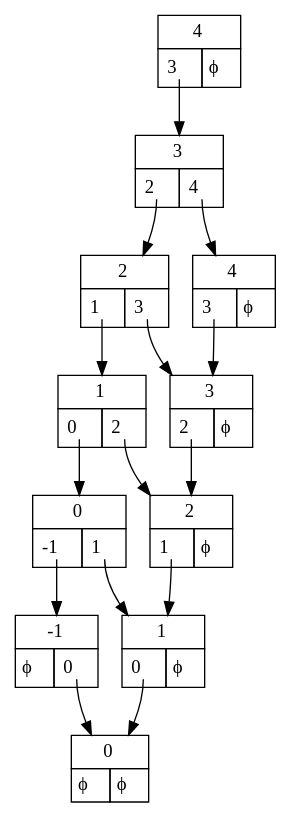
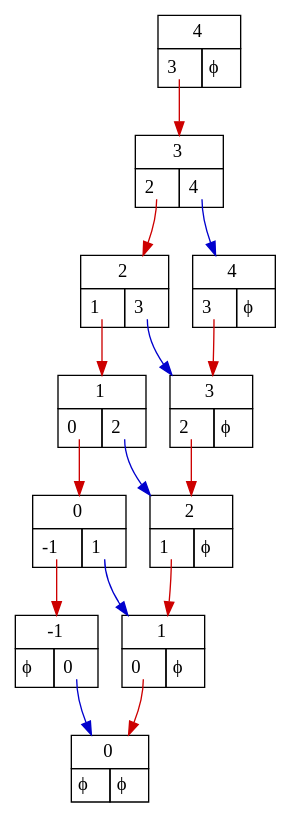
One commit to mroughan/SurrealNumbers.jl changed the diagram in examples/Data/multiplication_ex_3.dot. Above: the diagram before and after it, drawn with Graphviz. The commit also changed 42 other files, not shown here.

```diff
--- a/examples/Data/multiplication_ex_3.dot
+++ b/examples/Data/multiplication_ex_3.dot
@@ -1,82 +1,82 @@
 digraph "4.0" {
    node_1 [shape=none,margin=0,label=
          <<TABLE BORDER="0" CELLBORDER="1" CELLSPACING="0" CELLPADDING="4">
          <TR><TD COLSPAN="2">4</TD></TR>
          <TR><TD PORT="L"> <TABLE BORDER="0" CELLBORDER="0" CELLPADDING="0"><TR><TD PORT="3,1"> 3 </TD> &nbsp; </TR></TABLE> </TD><TD PORT="R"> ϕ </TD></TR>
          </TABLE>>,
          ];
-   node_1:"3,1" -> node_2;
+   node_1:"3,1" -> node_2 [color="red3"];
    node_2 [shape=none,margin=0,label=
          <<TABLE BORDER="0" CELLBORDER="1" CELLSPACING="0" CELLPADDING="4">
          <TR><TD COLSPAN="2">3</TD></TR>
          <TR><TD PORT="L"> <TABLE BORDER="0" CELLBORDER="0" CELLPADDING="0"><TR><TD PORT="2,1"> 2 </TD> &nbsp; </TR></TABLE> </TD><TD PORT="R"> <TABLE BORDER="0" CELLBORDER="0" CELLPADDING="0"><TR><TD PORT="4,1"> 4 </TD> &nbsp; </TR></TABLE> </TD></TR>
          </TABLE>>,
          ];
-   node_2:"2,1" -> node_3;
+   node_2:"2,1" -> node_3 [color="red3"];
    node_3 [shape=none,margin=0,label=
          <<TABLE BORDER="0" CELLBORDER="1" CELLSPACING="0" CELLPADDING="4">
          <TR><TD COLSPAN="2">2</TD></TR>
          <TR><TD PORT="L"> <TABLE BORDER="0" CELLBORDER="0" CELLPADDING="0"><TR><TD PORT="1,1"> 1 </TD> &nbsp; </TR></TABLE> </TD><TD PORT="R"> <TABLE BORDER="0" CELLBORDER="0" CELLPADDING="0"><TR><TD PORT="3,1"> 3 </TD> &nbsp; </TR></TABLE> </TD></TR>
          </TABLE>>,
          ];
-   node_3:"1,1" -> node_4;
+   node_3:"1,1" -> node_4 [color="red3"];
    node_4 [shape=none,margin=0,label=
          <<TABLE BORDER="0" CELLBORDER="1" CELLSPACING="0" CELLPADDING="4">
          <TR><TD COLSPAN="2">1</TD></TR>
          <TR><TD PORT="L"> <TABLE BORDER="0" CELLBORDER="0" CELLPADDING="0"><TR><TD PORT="0,1"> 0 </TD> &nbsp; </TR></TABLE> </TD><TD PORT="R"> <TABLE BORDER="0" CELLBORDER="0" CELLPADDING="0"><TR><TD PORT="2,1"> 2 </TD> &nbsp; </TR></TABLE> </TD></TR>
          </TABLE>>,
          ];
-   node_4:"0,1" -> node_5;
+   node_4:"0,1" -> node_5 [color="red3"];
    node_5 [shape=none,margin=0,label=
          <<TABLE BORDER="0" CELLBORDER="1" CELLSPACING="0" CELLPADDING="4">
          <TR><TD COLSPAN="2">0</TD></TR>
          <TR><TD PORT="L"> <TABLE BORDER="0" CELLBORDER="0" CELLPADDING="0"><TR><TD PORT="-1,1"> -1 </TD> &nbsp; </TR></TABLE> </TD><TD PORT="R"> <TABLE BORDER="0" CELLBORDER="0" CELLPADDING="0"><TR><TD PORT="1,1"> 1 </TD> &nbsp; </TR></TABLE> </TD></TR>
          </TABLE>>,
          ];
-   node_5:"-1,1" -> node_6;
+   node_5:"-1,1" -> node_6 [color="red3"];
    node_6 [shape=none,margin=0,label=
          <<TABLE BORDER="0" CELLBORDER="1" CELLSPACING="0" CELLPADDING="4">
          <TR><TD COLSPAN="2">-1</TD></TR>
          <TR><TD PORT="L"> ϕ </TD><TD PORT="R"> <TABLE BORDER="0" CELLBORDER="0" CELLPADDING="0"><TR><TD PORT="0,1"> 0 </TD> &nbsp; </TR></TABLE> </TD></TR>
          </TABLE>>,
          ];
-   node_6:"0,1" -> node_7;
+   node_6:"0,1" -> node_7 [color="blue3"];
    node_7 [shape=none,margin=0,label=
          <<TABLE BORDER="0" CELLBORDER="1" CELLSPACING="0" CELLPADDING="4">
          <TR><TD COLSPAN="2">0</TD></TR>
          <TR><TD PORT="L"> ϕ </TD><TD PORT="R"> ϕ </TD></TR>
          </TABLE>>,
          ];
-   node_5:"1,1" -> node_8;
+   node_5:"1,1" -> node_8 [color="blue3"];
    node_8 [shape=none,margin=0,label=
          <<TABLE BORDER="0" CELLBORDER="1" CELLSPACING="0" CELLPADDING="4">
          <TR><TD COLSPAN="2">1</TD></TR>
          <TR><TD PORT="L"> <TABLE BORDER="0" CELLBORDER="0" CELLPADDING="0"><TR><TD PORT="0,1"> 0 </TD> &nbsp; </TR></TABLE> </TD><TD PORT="R"> ϕ </TD></TR>
          </TABLE>>,
          ];
-   node_8:"0,1" -> node_7;
-   node_4:"2,1" -> node_9;
+   node_8:"0,1" -> node_7 [color="red3"];
+   node_4:"2,1" -> node_9 [color="blue3"];
    node_9 [shape=none,margin=0,label=
          <<TABLE BORDER="0" CELLBORDER="1" CELLSPACING="0" CELLPADDING="4">
          <TR><TD COLSPAN="2">2</TD></TR>
          <TR><TD PORT="L"> <TABLE BORDER="0" CELLBORDER="0" CELLPADDING="0"><TR><TD PORT="1,1"> 1 </TD> &nbsp; </TR></TABLE> </TD><TD PORT="R"> ϕ </TD></TR>
          </TABLE>>,
          ];
-   node_9:"1,1" -> node_8;
-   node_3:"3,1" -> node_10;
+   node_9:"1,1" -> node_8 [color="red3"];
+   node_3:"3,1" -> node_10 [color="blue3"];
    node_10 [shape=none,margin=0,label=
          <<TABLE BORDER="0" CELLBORDER="1" CELLSPACING="0" CELLPADDING="4">
          <TR><TD COLSPAN="2">3</TD></TR>
          <TR><TD PORT="L"> <TABLE BORDER="0" CELLBORDER="0" CELLPADDING="0"><TR><TD PORT="2,1"> 2 </TD> &nbsp; </TR></TABLE> </TD><TD PORT="R"> ϕ </TD></TR>
          </TABLE>>,
          ];
-   node_10:"2,1" -> node_9;
-   node_2:"4,1" -> node_11;
+   node_10:"2,1" -> node_9 [color="red3"];
+   node_2:"4,1" -> node_11 [color="blue3"];
    node_11 [shape=none,margin=0,label=
          <<TABLE BORDER="0" CELLBORDER="1" CELLSPACING="0" CELLPADDING="4">
          <TR><TD COLSPAN="2">4</TD></TR>
          <TR><TD PORT="L"> <TABLE BORDER="0" CELLBORDER="0" CELLPADDING="0"><TR><TD PORT="3,1"> 3 </TD> &nbsp; </TR></TABLE> </TD><TD PORT="R"> ϕ </TD></TR>
          </TABLE>>,
          ];
-   node_11:"3,1" -> node_10;
+   node_11:"3,1" -> node_10 [color="red3"];
 }
```
